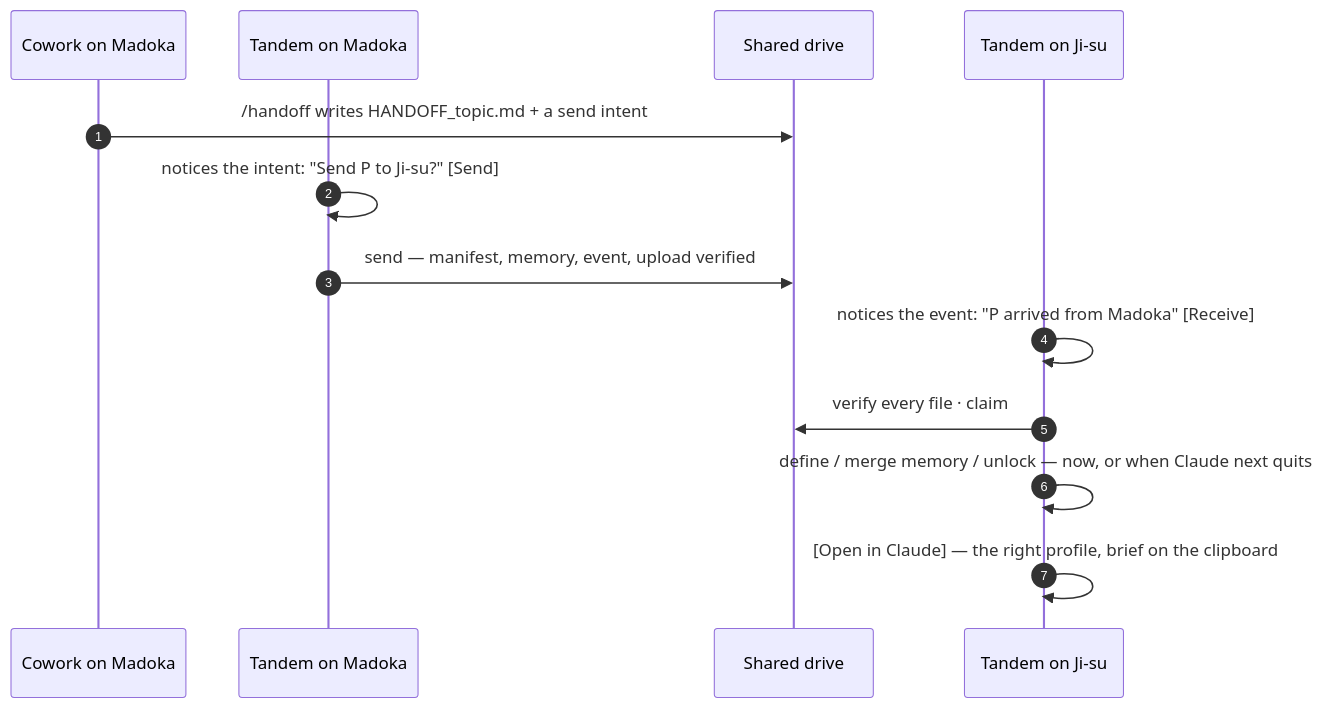
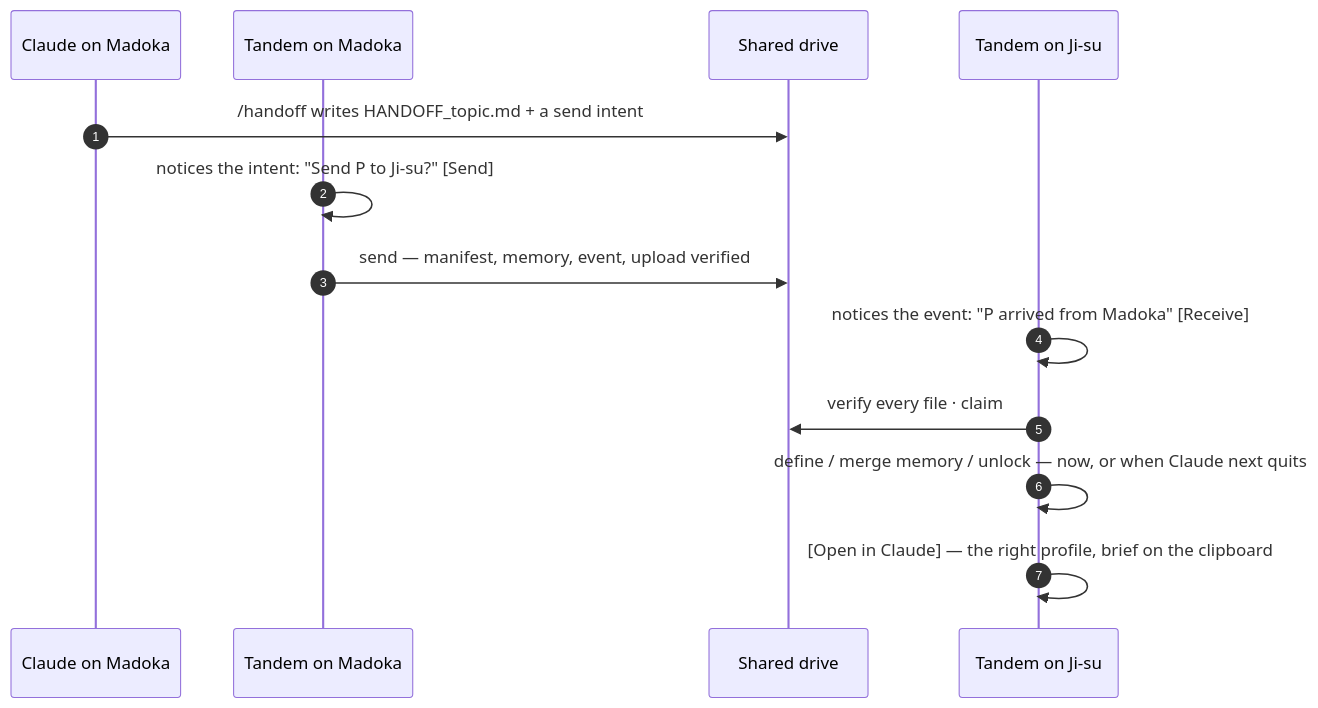
The diagram in docs/design-handoffs-v2.md (altsang/claude-tandem), drawn with Mermaid before and after one commit. The commit also changed other lines of this file and 17 other files, not shown here.

First line of the commit message:
Say Claude projects, not Cowork; draw the handoff on two computers

````diff
--- a/docs/design-handoffs-v2.md
+++ b/docs/design-handoffs-v2.md
@@ -27,15 +27,15 @@
 ```mermaid
 sequenceDiagram
     autonumber
-    participant S as Cowork on Madoka
+    participant S as Claude on Madoka
     participant A as Tandem on Madoka
     participant D as Shared drive
     participant B as Tandem on Ji-su
     S->>D: /handoff writes HANDOFF_topic.md + a send intent
     A->>A: notices the intent: "Send P to Ji-su?" [Send]
     A->>D: send — manifest, memory, event, upload verified
     B->>B: notices the event: "P arrived from Madoka" [Receive]
     B->>D: verify every file · claim
     B->>B: define / merge memory / unlock — now, or when Claude next quits
     B->>B: [Open in Claude] — the right profile, brief on the clipboard
 ```
````
